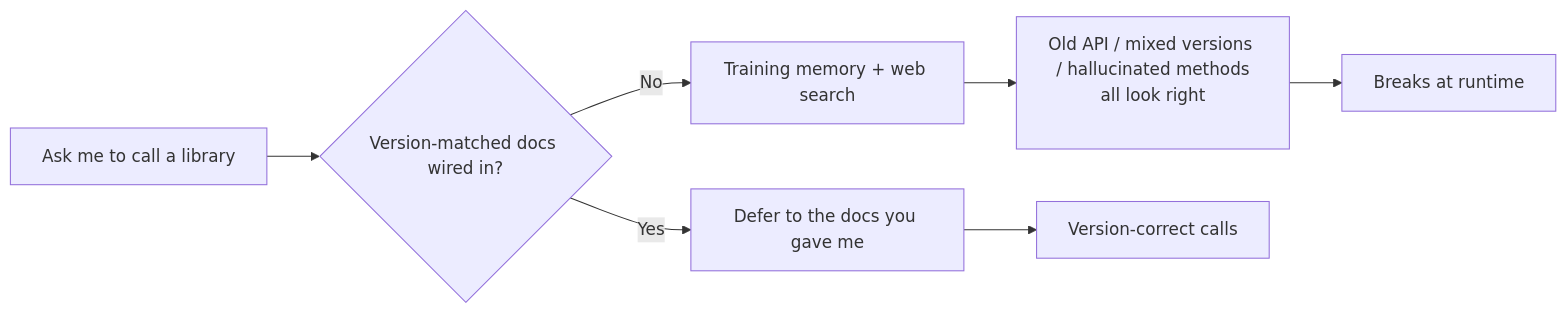
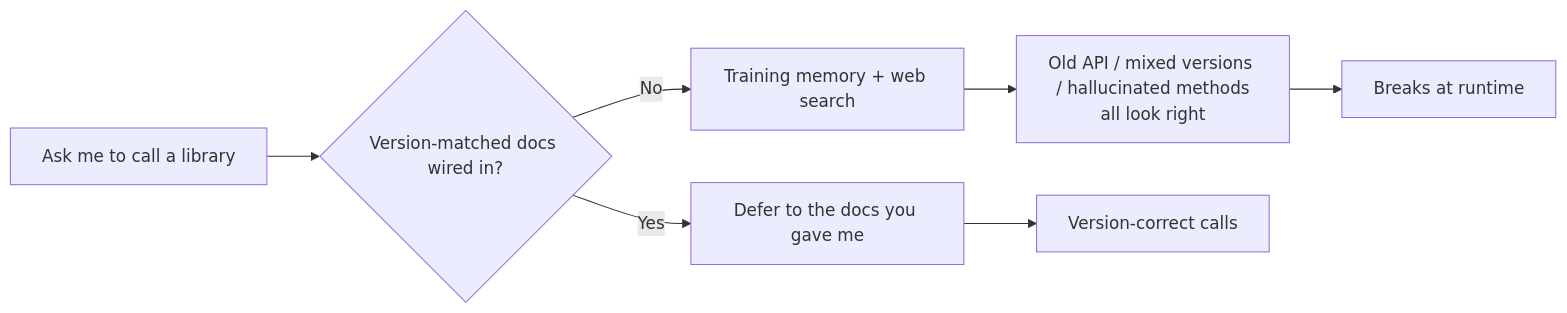
One commit to XuebinMa/AIWiki changed the diagram in i18n/en/docusaurus-plugin-content-docs/current/00-setup-collaboration/no-versioned-docs.mdx. Above: the diagram before and after it, drawn with Mermaid. The commit also changed 99 other files, not shown here.

First line of the commit message:
fix(mermaid): 全局根治节点文字裁切（htmlLabels:false + 清理 br/nbsp 占位）(#26)

````diff
--- a/i18n/en/docusaurus-plugin-content-docs/current/00-setup-collaboration/no-versioned-docs.mdx
+++ b/i18n/en/docusaurus-plugin-content-docs/current/00-setup-collaboration/no-versioned-docs.mdx
@@ -39,9 +39,9 @@
 ```mermaid
 flowchart LR
     A[Ask me to call a library] --> B{Version-matched docs wired in?}
     B -- No --> C[Training memory + web search]
-    C --> D["Old API / mixed versions / hallucinated methods<br/>all look right<br/>&nbsp;"]
+    C --> D["Old API / mixed versions / hallucinated methods<br/>all look right"]
     D --> E[Breaks at runtime]
     B -- Yes --> F[Defer to the docs you gave me]
     F --> G[Version-correct calls]
 ```
````
